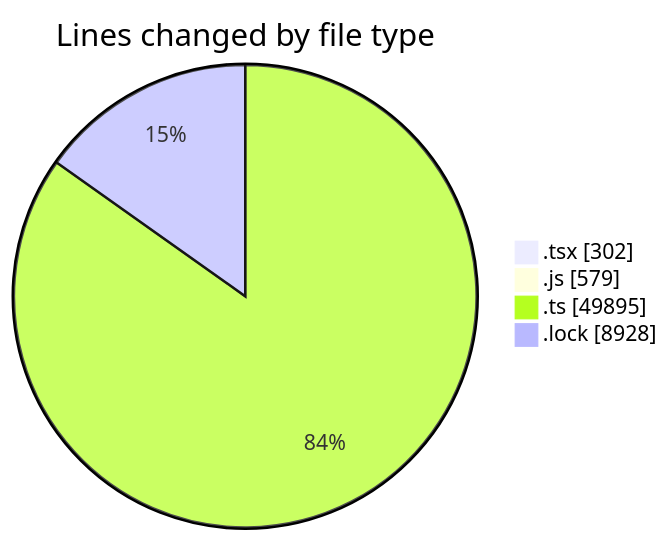
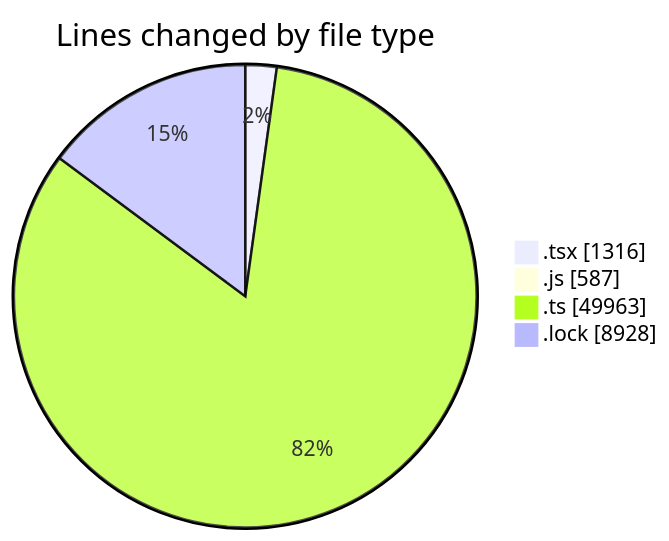
Before and after one commit to momahboobian/code-tracking: the first of 2 diagrams in 2026-09-16/cda/README.md, drawn with Mermaid. The commit also changed other lines of this file and 1 other file, not shown here.

````diff
--- a/2026-09-16/cda/README.md
+++ b/2026-09-16/cda/README.md
@@ -47,8 +48,8 @@
 ```mermaid
 pie showData
 title Lines changed by file type
-".tsx" : 302
-".js" : 579
-".ts" : 49895
+".tsx" : 1316
+".js" : 587
+".ts" : 49963
 ".lock" : 8928
 ```
````
